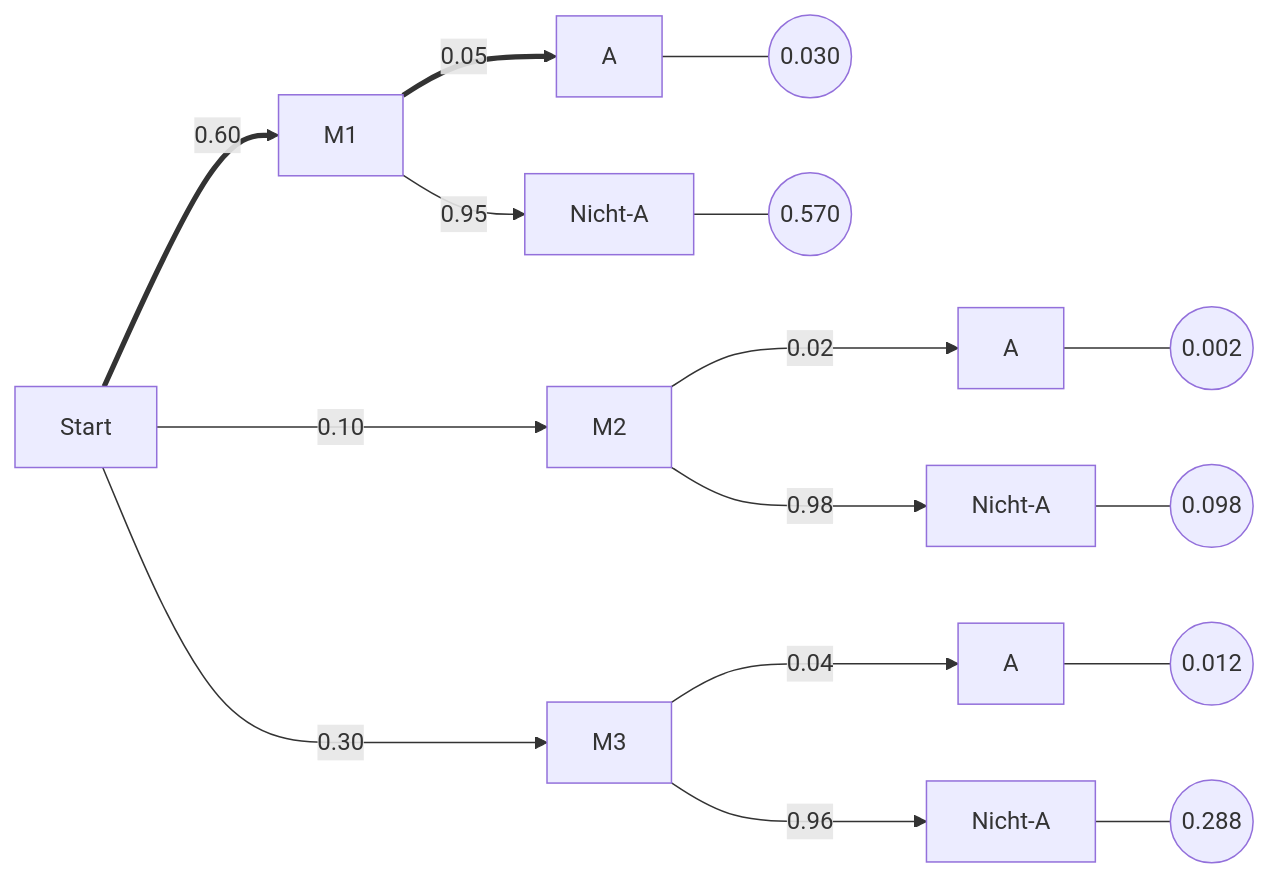
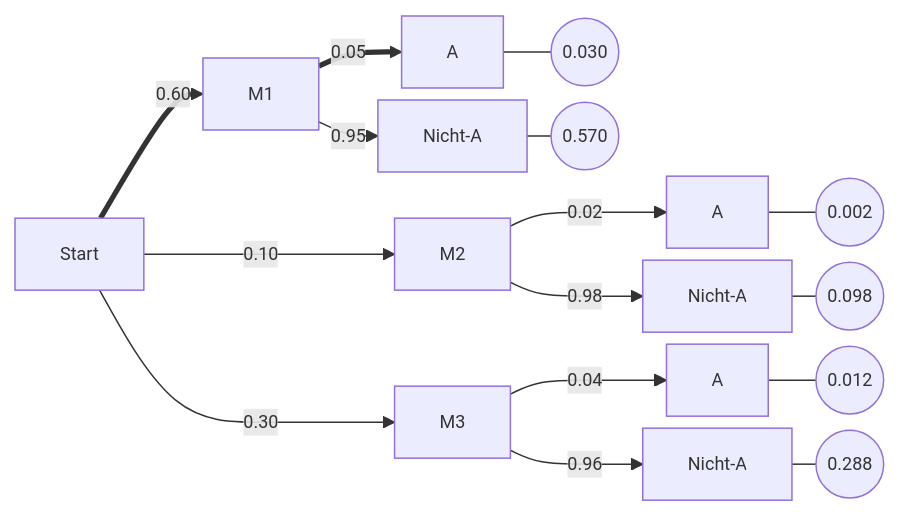
The second of 2 diagrams in slides/0500-Globusversuch.qmd (sebastiansauer/start-bayes), drawn with Mermaid before and after one commit. The commit also changed other lines of this file and 19 other files, not shown here.

First line of the commit message:
fix: Mermaid-Diagramm-Überlauf in Foliensätzen (Kapitel 3 u.a.)

````diff
--- a/slides/0500-Globusversuch.qmd
+++ b/slides/0500-Globusversuch.qmd
@@ -367,18 +374,19 @@
 ```{mermaid}
+%%{init: {'themeVariables': {'fontSize': '12px'}, 'flowchart': {'diagramPadding': 2, 'nodeSpacing': 8, 'rankSpacing': 16}}}%%
 flowchart LR
   A[Start] ==>|0.60|B[M1]
   A --->|0.10|C[M2]
   A --->|0.30|D[M3]
   B ==>|0.05|E[A]
   B -->|0.95|F[Nicht-A]
   C --->|0.02|G[A]
   C --->|0.98|H[Nicht-A]
   D --->|0.04|I[A]
   D --->|0.96|J[Nicht-A]
   E --- K((0.030))
   F --- L((0.570))
   G --- M((0.002))
   H --- N((0.098))
   I --- O((0.012))
   J --- P((0.288))
 ```
````
